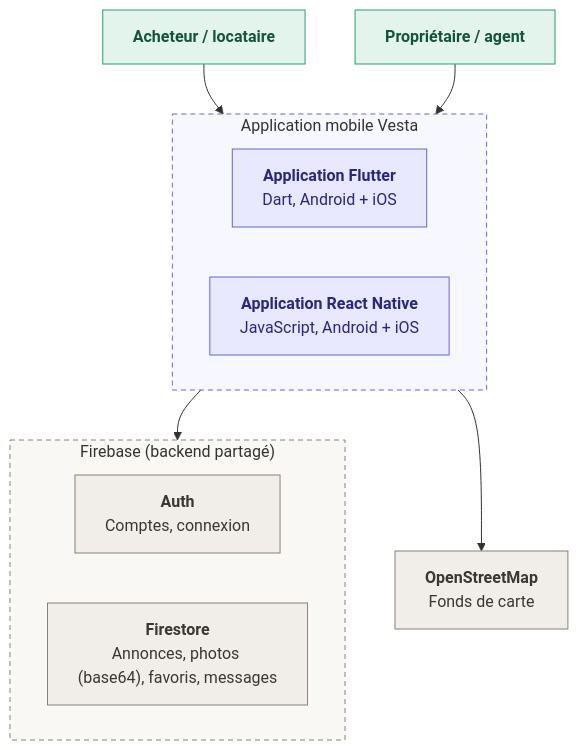
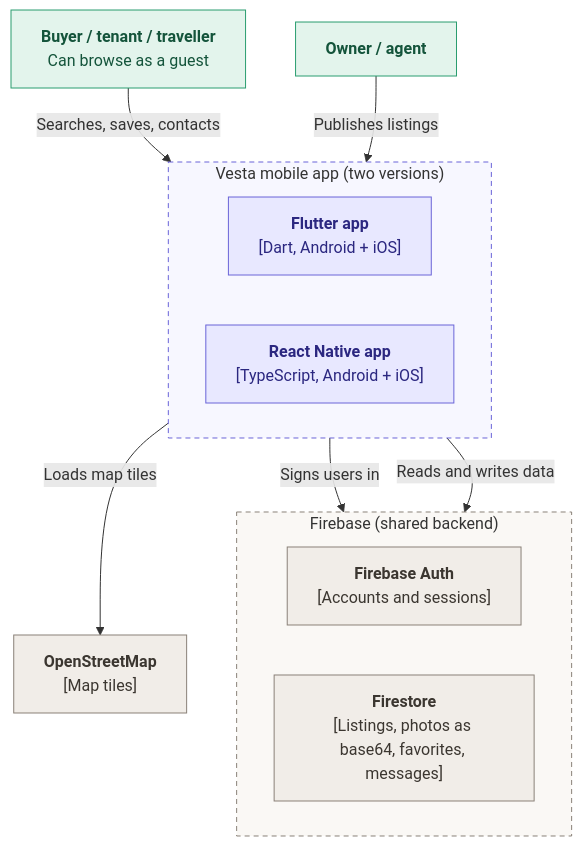
Before and after one commit to manar09-code/vesta: the diagram in docs/c4/level2-containers.mmd, drawn with Mermaid. The commit also changed 6 other files, not shown here.

Commit message:
docs(c4): English labels, labeled arrows, TypeScript, larger level 2 [VST-69]

```diff
--- a/docs/c4/level2-containers.mmd
+++ b/docs/c4/level2-containers.mmd
@@ -1,24 +1,25 @@
-%% C4 level 2: containers (VST-69). No Firebase Storage (photos are base64 in Firestore), no FCM in the MVP (in-app notification center), OpenStreetMap instead of Google Maps.
+%% C4 level 2: containers (VST-69). No Firebase Storage (photos are base64 in Firestore), no FCM in the MVP, OpenStreetMap instead of Google Maps.
 flowchart TB
-  Buyer["<b>Acheteur / locataire</b>"]:::person
-  Owner["<b>Propriétaire / agent</b>"]:::person
-  subgraph APPS["Application mobile Vesta"]
+  Buyer["<b>Buyer / tenant / traveller</b><br/>Can browse as a guest"]:::person
+  Owner["<b>Owner / agent</b>"]:::person
+  subgraph APPS["Vesta mobile app (two versions)"]
     direction LR
-    Flutter["<b>Application Flutter</b><br/>Dart, Android + iOS"]:::ours
-    RN["<b>Application React Native</b><br/>JavaScript, Android + iOS"]:::ours
+    Flutter["<b>Flutter app</b><br/>[Dart, Android + iOS]"]:::ours
+    RN["<b>React Native app</b><br/>[TypeScript, Android + iOS]"]:::ours
   end
-  OSM["<b>OpenStreetMap</b><br/>Fonds de carte"]:::ext
-  subgraph FB["Firebase (backend partagé)"]
+  subgraph FB["Firebase (shared backend)"]
     direction LR
-    Auth["<b>Auth</b><br/>Comptes, connexion"]:::ext
-    Store["<b>Firestore</b><br/>Annonces, photos (base64), favoris, messages"]:::ext
+    Auth["<b>Firebase Auth</b><br/>[Accounts and sessions]"]:::ext
+    Store["<b>Firestore</b><br/>[Listings, photos as base64, favorites, messages]"]:::ext
   end
-  Buyer --> APPS
-  Owner --> APPS
-  APPS --> FB
-  APPS --> OSM
+  OSM["<b>OpenStreetMap</b><br/>[Map tiles]"]:::ext
+  Buyer -->|"Searches, saves, contacts"| APPS
+  Owner -->|"Publishes listings"| APPS
+  APPS -->|"Signs users in"| Auth
+  APPS -->|"Reads and writes data"| Store
+  APPS -->|"Loads map tiles"| OSM
+  style APPS fill:#f7f7ff,stroke:#6a64d8,stroke-dasharray:5 4
+  style FB fill:#faf8f5,stroke:#8a8178,stroke-dasharray:5 4
   classDef person fill:#e3f4ec,stroke:#2a9d6f,color:#14543b
   classDef ours fill:#e8e8ff,stroke:#6a64d8,color:#2b2780
   classDef ext fill:#f1ede8,stroke:#8a8178,color:#3b3630
-  style APPS fill:#f7f7ff,stroke:#6a64d8,stroke-dasharray:5 4
-  style FB fill:#faf8f5,stroke:#8a8178,stroke-dasharray:5 4
```
